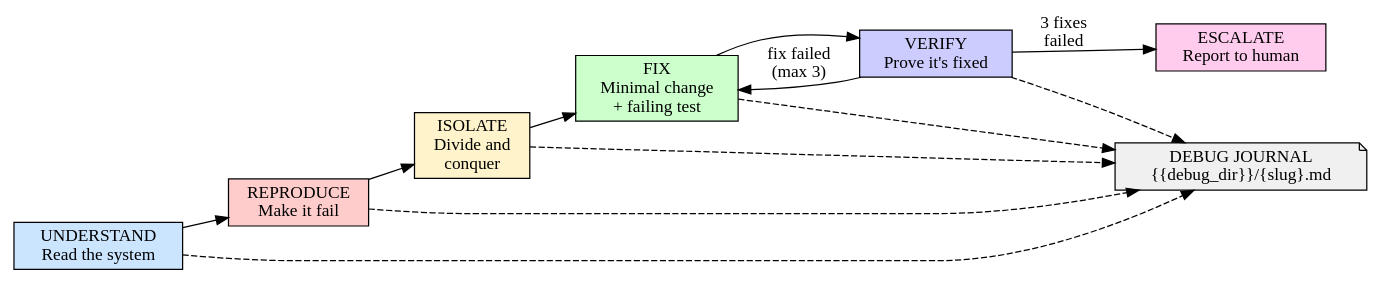
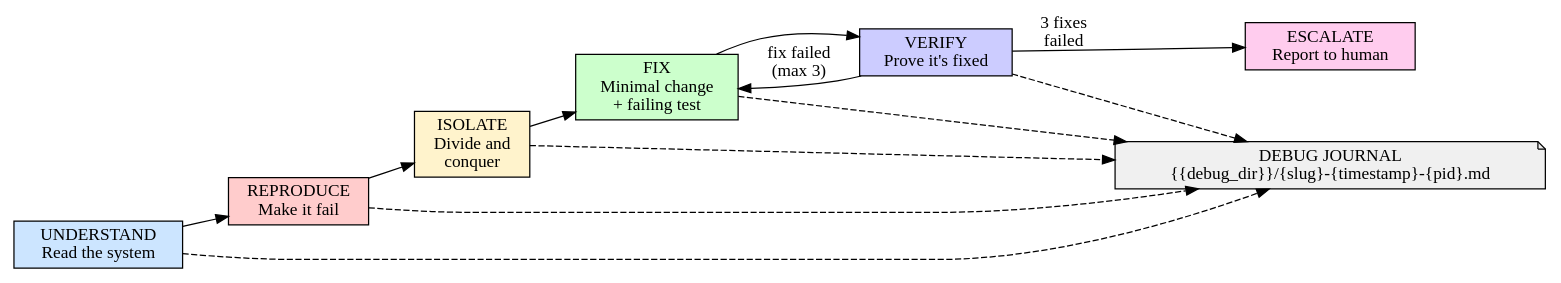
Before and after one commit to etr/groundwork: the diagram in skills/debug/SKILL.md, drawn with Graphviz. The commit also changed other lines of this file and 4 other files, not shown here.

````diff
--- a/skills/debug/SKILL.md
+++ b/skills/debug/SKILL.md
@@ -76,25 +76,25 @@
 ```dot
 digraph debugging {
     rankdir=LR;
     understand [label="UNDERSTAND\nRead the system", shape=box, style=filled, fillcolor="#cce5ff"];
     reproduce [label="REPRODUCE\nMake it fail", shape=box, style=filled, fillcolor="#ffcccc"];
     isolate [label="ISOLATE\nDivide and\nconquer", shape=box, style=filled, fillcolor="#fff3cc"];
     fix [label="FIX\nMinimal change\n+ failing test", shape=box, style=filled, fillcolor="#ccffcc"];
     verify [label="VERIFY\nProve it's fixed", shape=box, style=filled, fillcolor="#ccccff"];
     escalate [label="ESCALATE\nReport to human", shape=box, style=filled, fillcolor="#ffccee"];
-    journal [label="DEBUG JOURNAL\n{{debug_dir}}/{slug}.md", shape=note, style=filled, fillcolor="#f0f0f0"];
+    journal [label="DEBUG JOURNAL\n{{debug_dir}}/{slug}-{timestamp}-{pid}.md", shape=note, style=filled, fillcolor="#f0f0f0"];
 
     understand -> reproduce;
     reproduce -> isolate;
     isolate -> fix;
     fix -> verify;
     verify -> fix [label="fix failed\n(max 3)"];
     verify -> escalate [label="3 fixes\nfailed"];
 
     understand -> journal [style=dashed];
     reproduce -> journal [style=dashed];
     isolate -> journal [style=dashed];
     fix -> journal [style=dashed];
     verify -> journal [style=dashed];
 }
 ```
````
